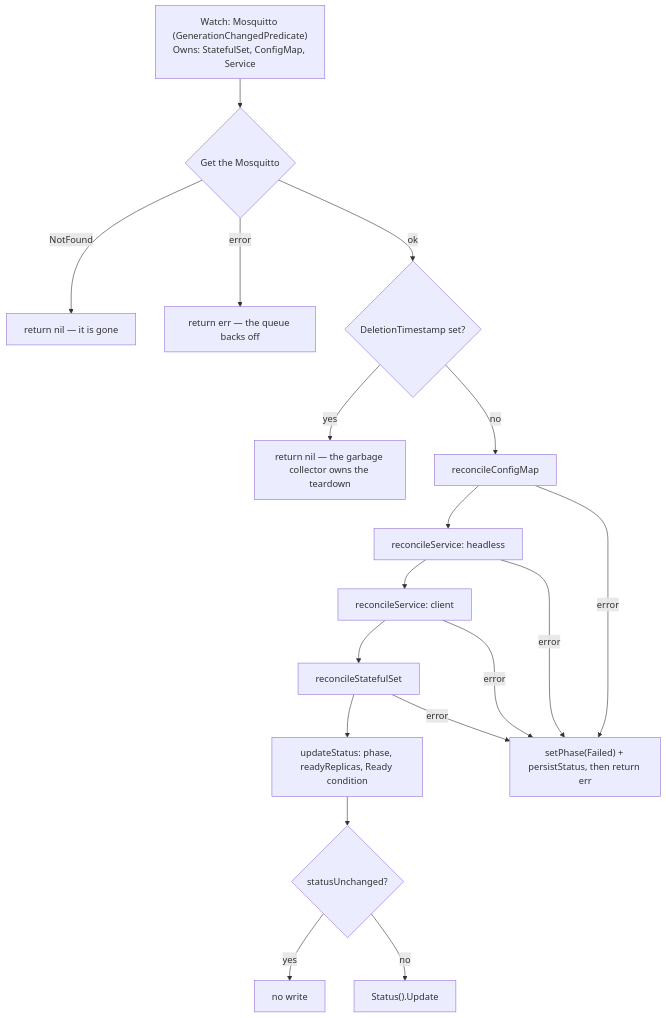
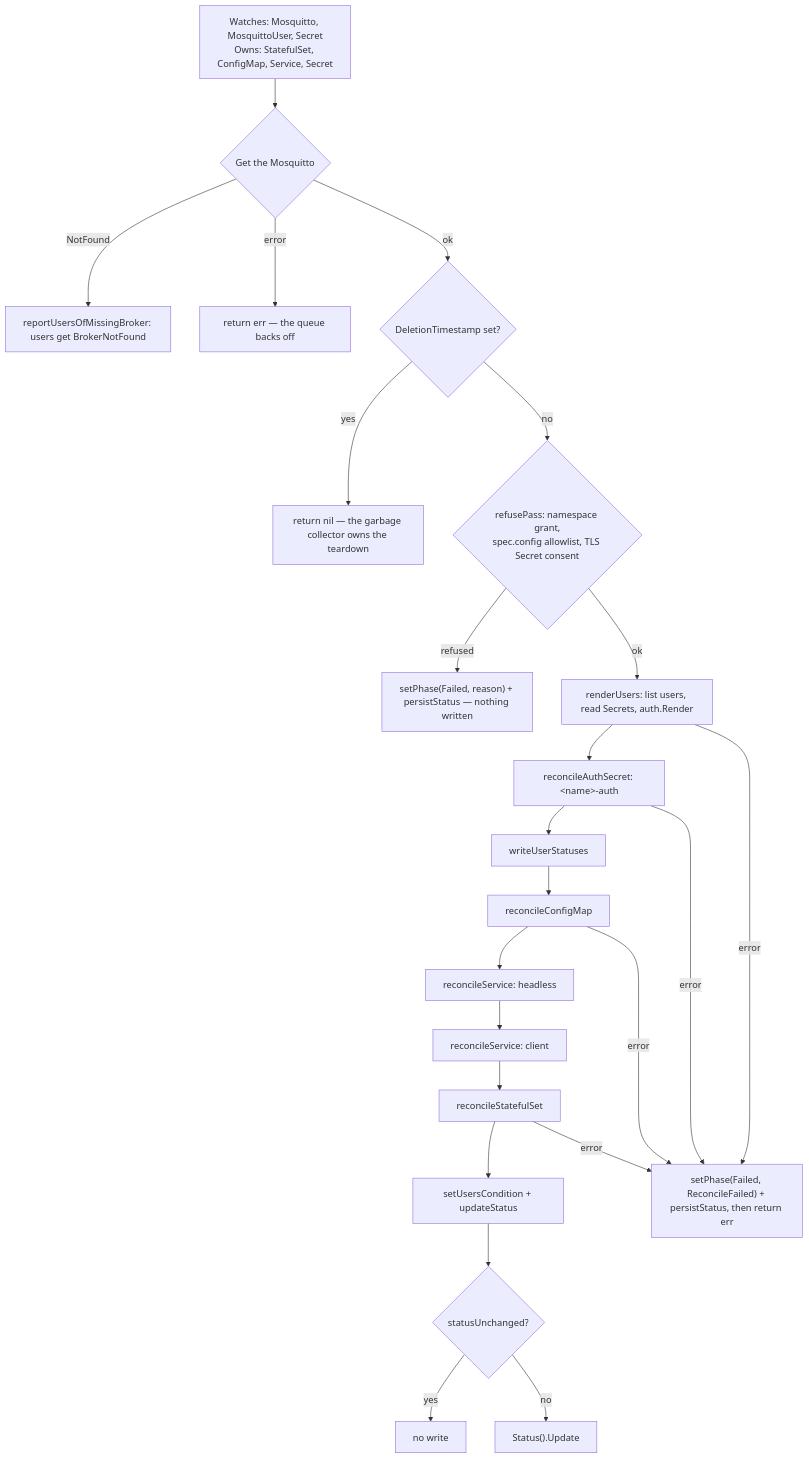
One commit to guided-traffic/mosquitto-operator changed the diagram in docs/developer/architecture.md. Above: the diagram before and after it, drawn with Mermaid. The commit also changed other lines of this file and 25 other files, not shown here.

First line of the commit message:
docs: describe users, the Secret grant and the credentials path

````diff
--- a/docs/developer/architecture.md
+++ b/docs/developer/architecture.md
@@ -88,20 +112,25 @@
 ```mermaid
 flowchart TD
-    W["Watch: Mosquitto (GenerationChangedPredicate)<br/>Owns: StatefulSet, ConfigMap, Service"] --> G
-    G{"Get the Mosquitto"} -->|NotFound| DONE["return nil — it is gone"]
+    W["Watches: Mosquitto, MosquittoUser, Secret<br/>Owns: StatefulSet, ConfigMap, Service, Secret"] --> G
+    G{"Get the Mosquitto"} -->|NotFound| BNF["reportUsersOfMissingBroker: users get BrokerNotFound"]
     G -->|error| ERR["return err — the queue backs off"]
     G -->|ok| D{"DeletionTimestamp set?"}
     D -->|yes| SKIP["return nil — the garbage collector owns the teardown"]
-    D -->|no| CM["reconcileConfigMap"]
+    D -->|no| RP{"refusePass: namespace grant,<br/>spec.config allowlist, TLS Secret consent"}
+    RP -->|refused| RF["setPhase(Failed, reason) + persistStatus — nothing written"]
+    RP -->|ok| RU["renderUsers: list users, read Secrets, auth.Render"]
+    RU --> AS["reconcileAuthSecret: &lt;name&gt;-auth"]
+    AS --> US["writeUserStatuses"]
+    US --> CM["reconcileConfigMap"]
     CM --> HS["reconcileService: headless"]
     HS --> CS["reconcileService: client"]
     CS --> STS["reconcileStatefulSet"]
-    STS --> ST["updateStatus: phase, readyReplicas, Ready condition"]
-    CM -->|error| F["setPhase(Failed) + persistStatus, then return err"]
-    HS -->|error| F
-    CS -->|error| F
+    STS --> ST["setUsersCondition + updateStatus"]
+    RU -->|error| F["setPhase(Failed, ReconcileFailed) + persistStatus, then return err"]
+    AS -->|error| F
+    CM -->|error| F
     STS -->|error| F
     ST --> PS{"statusUnchanged?"}
     PS -->|yes| NOOP["no write"]
     PS -->|no| UP["Status().Update"]
 ```
````
